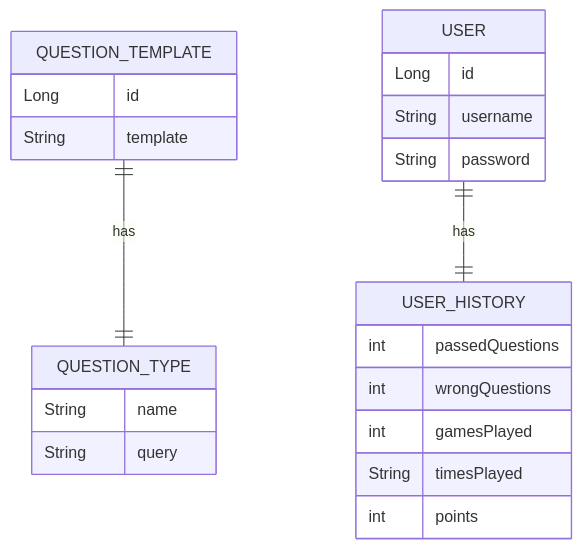
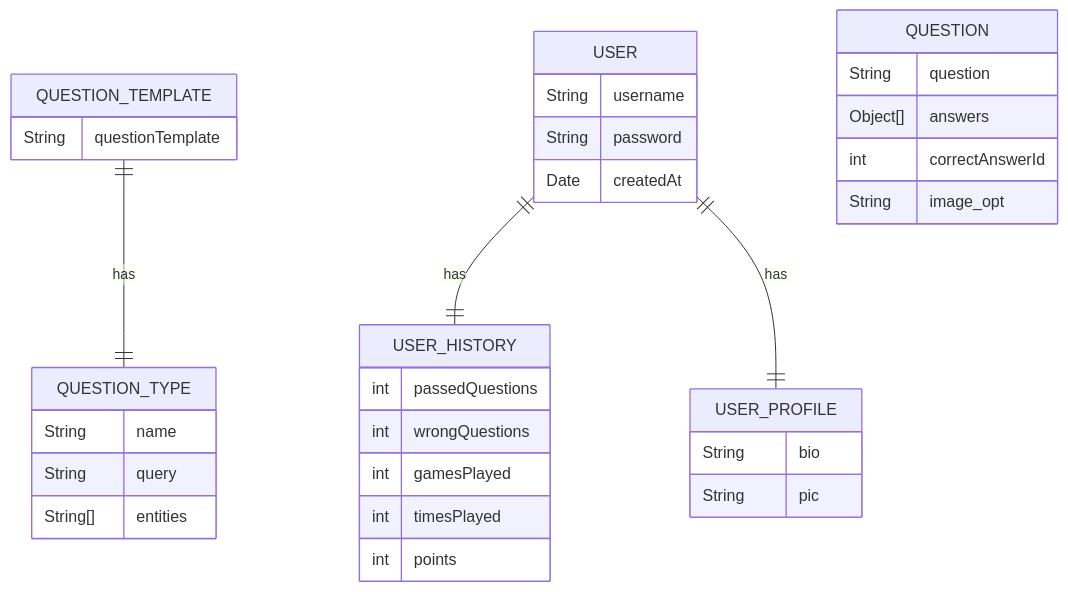
One commit to Arquisoft/wiq_en3b changed the second of 3 diagrams in docs/src/08_concepts.adoc. Above: the diagram before and after it, drawn with Mermaid. The commit also changed other lines of this file and 2 other files, not shown here.

```diff
--- a/docs/src/08_concepts.adoc
+++ b/docs/src/08_concepts.adoc
@@ -92,31 +243,44 @@
 [mermaid]
 ....
 erDiagram
     
     QUESTION_TEMPLATE ||--|| QUESTION_TYPE:has
     USER ||--|| USER_HISTORY:has
+    USER ||--|| USER_PROFILE:has
 
-    USER{
-        Long id
+    USER {
         String username
         String password
+        Date createdAt
     }
 
-    USER_HISTORY{
+    USER_HISTORY {
         int passedQuestions
         int wrongQuestions
         int gamesPlayed
-        String timesPlayed
+        int timesPlayed
         int points
+    }
+
+    USER_PROFILE{
+        String bio
+        String pic
+    }
+
+    QUESTION {
+        String question
+        Object[] answers
+        int correctAnswerId
+        String image_opt
     }
     
     QUESTION_TEMPLATE{
-        Long id
-        String template
+        String questionTemplate
     }
     
     QUESTION_TYPE{
         String name
         String query
+        String[] entities
     }
 ....
```
